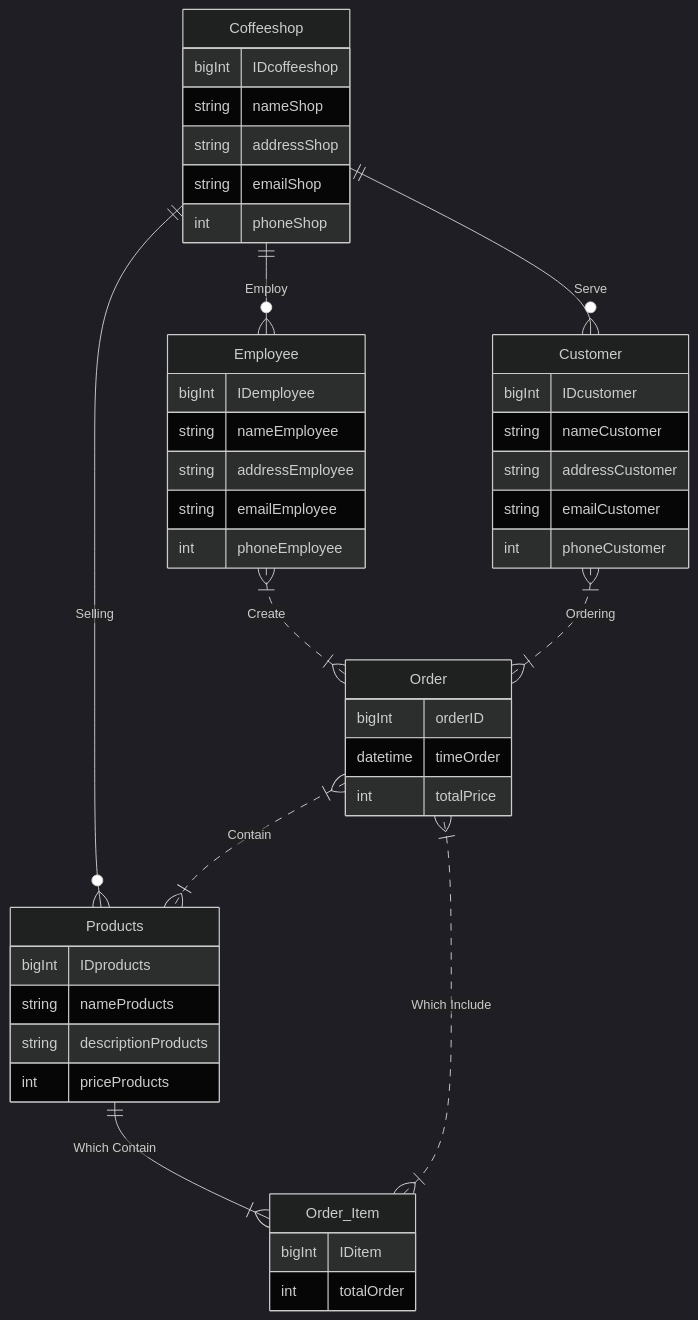
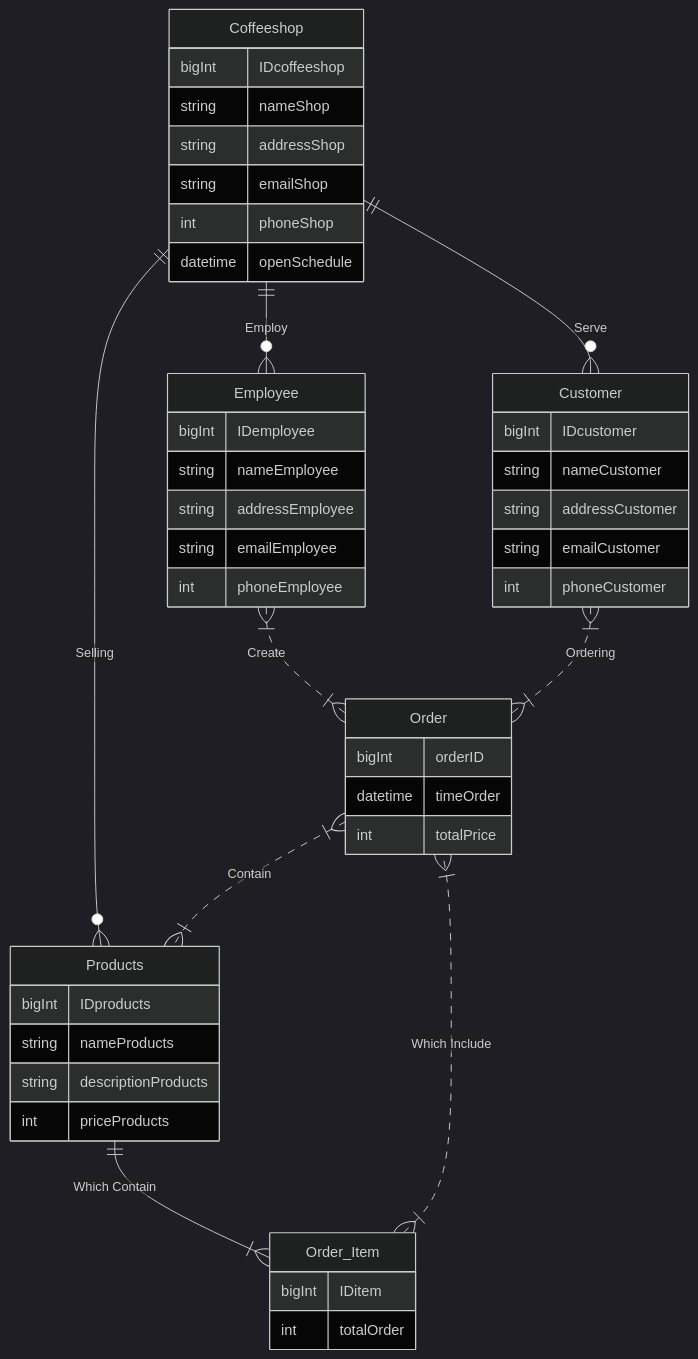
The first of 2 diagrams in dracoffee-project-plan.md (anandanovianshaf/dracoffee), drawn with Mermaid (dark theme) before and after one commit. The commit also changed other lines of this file, not shown here.

````diff
--- a/dracoffee-project-plan.md
+++ b/dracoffee-project-plan.md
@@ -75,50 +81,51 @@
 ```mermaid
 erDiagram
     Coffeeshop ||--o{ Employee : "Employ"
      Coffeeshop {
         bigInt IDcoffeeshop
         string nameShop
         string addressShop
         string emailShop
         int phoneShop
+        datetime openSchedule
     }
     Employee {
         bigInt IDemployee
         string nameEmployee
         string addressEmployee
         string emailEmployee
         int phoneEmployee
     }
     Coffeeshop ||--o{ Products : "Selling"
     Products {
         bigInt IDproducts
         string nameProducts
         string descriptionProducts
         int priceProducts
 
     }
     Coffeeshop ||--o{ Customer : "Serve"
     Customer {
         bigInt IDcustomer
         string nameCustomer
         string addressCustomer
         string emailCustomer
         int phoneCustomer
 
     }
     Order }|..|{ Products : "Contain"
     Order {
         bigInt orderID
         datetime timeOrder
         int totalPrice
     }
     Order_Item {
         bigInt IDitem
         int totalOrder
     }
     Employee }|..|{ Order : "Create"
     Customer }|..|{ Order : "Ordering"
     Products ||--|{ Order_Item : "Which Contain"
     Order_Item }|..|{ Order : "Which Include"
 
 ```
````
